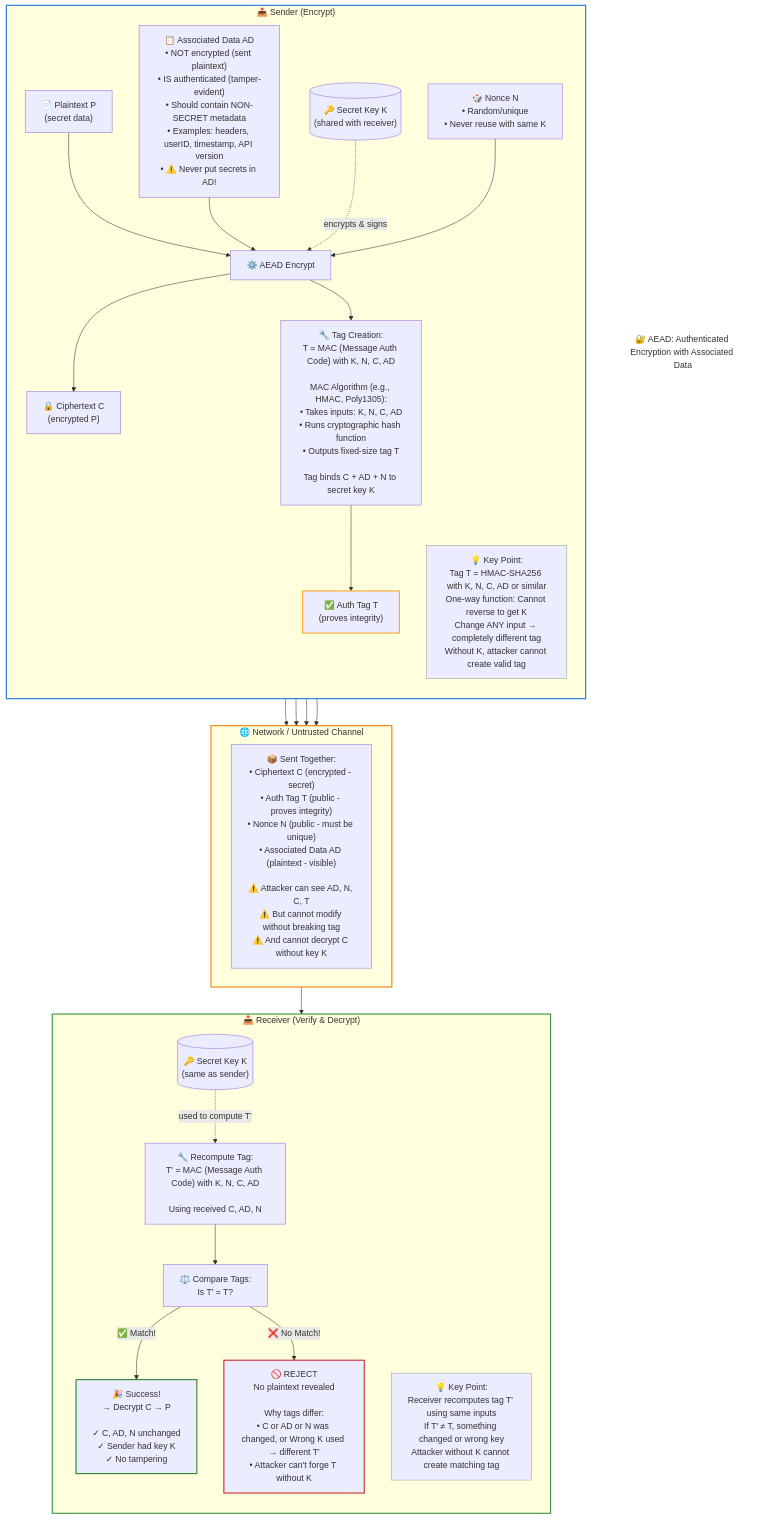
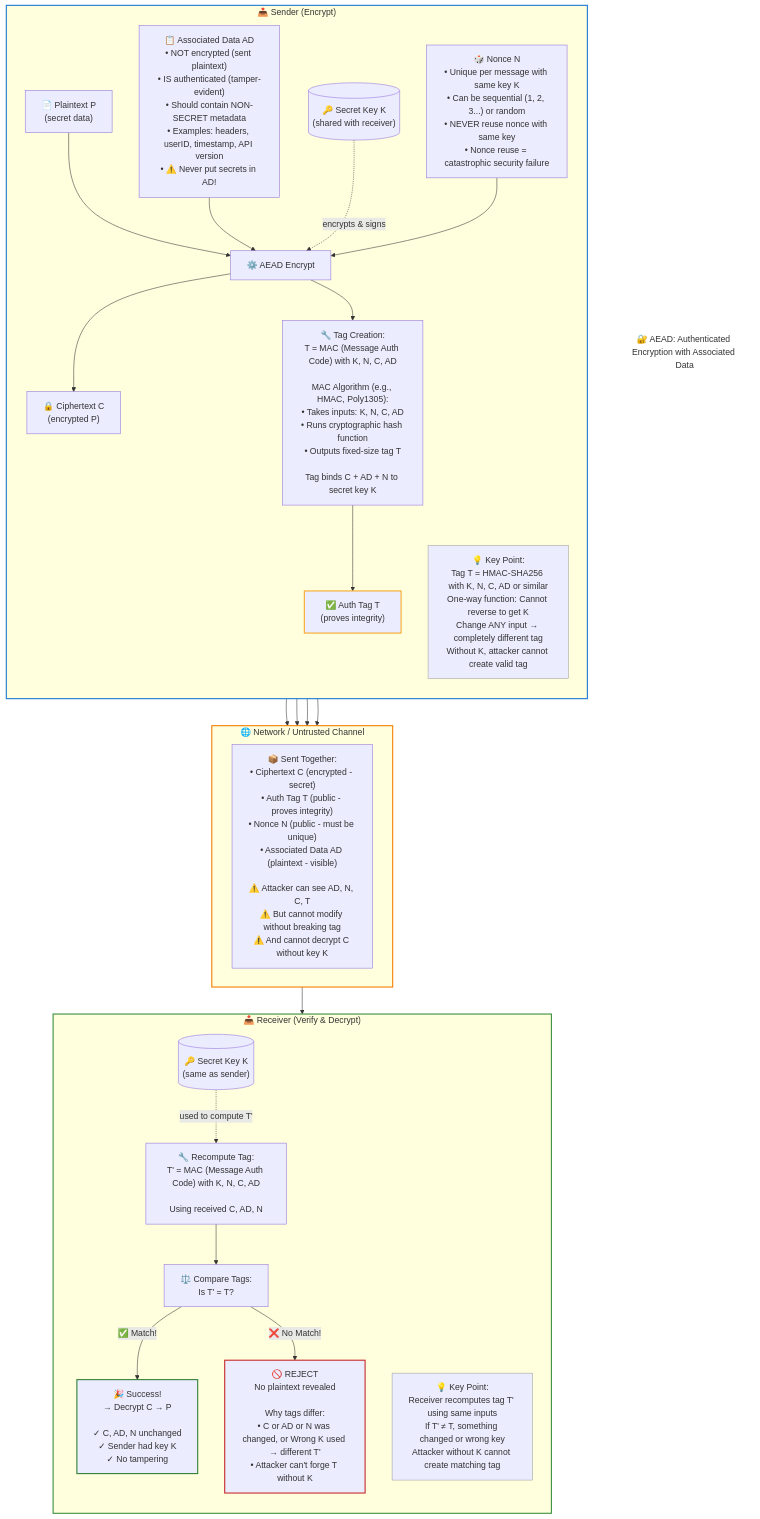
Before and after one commit to irahulsawhney/crypto-concepts: the diagram in diagrams/03-aead.mmd, drawn with Mermaid. The commit also changed 1 other file, not shown here.

Commit message:
Clarify nonce uniqueness requirements in AEAD diagrams

```diff
--- a/diagrams/03-aead.mmd
+++ b/diagrams/03-aead.mmd
@@ -1,85 +1,85 @@
 %% AEAD (Authenticated Encryption with Associated Data) — Mermaid Cheat Sheet
 %% Save as .mmd and preview with any Mermaid renderer.
 
 %% ------------ FLOW OVERVIEW ------------
 flowchart TB
   Title["🔐 AEAD: Authenticated Encryption with Associated Data"]
   
   subgraph Sender["📤 Sender (Encrypt)"]
     direction TB
     P["📄 Plaintext P<br/>(secret data)"]
     AD["📋 Associated Data AD<br/>• NOT encrypted (sent plaintext)<br/>• IS authenticated (tamper-evident)<br/>• Should contain NON-SECRET metadata<br/>• Examples: headers, userID, timestamp, API version<br/>• ⚠️ Never put secrets in AD!"]
     K[("🔑 Secret Key K<br/>(shared with receiver)")]
-    N["🎲 Nonce N<br/>• Random/unique<br/>• Never reuse with same K"]
+    N["🎲 Nonce N<br/>• Unique per message with same key K<br/>• Can be sequential (1, 2, 3...) or random<br/>• NEVER reuse nonce with same key<br/>• Nonce reuse = catastrophic security failure"]
     
     P --> E
     AD --> E
     K -.->|encrypts & signs| E
     N --> E
     
     E["⚙️ AEAD Encrypt"]
     
     E --> C["🔒 Ciphertext C<br/>(encrypted P)"]
     E --> TagCreate["🔧 Tag Creation:<br/>T = MAC (Message Auth Code) with K, N, C, AD<br/><br/>MAC Algorithm (e.g., HMAC, Poly1305):<br/>• Takes inputs: K, N, C, AD<br/>• Runs cryptographic hash function<br/>• Outputs fixed-size tag T<br/><br/>Tag binds C + AD + N to secret key K"]
     TagCreate --> T["✅ Auth Tag T<br/>(proves integrity)"]
     
     SNote["💡 Key Point:<br/>Tag T = HMAC-SHA256 with K, N, C, AD or similar<br/>One-way function: Cannot reverse to get K<br/>Change ANY input → completely different tag<br/>Without K, attacker cannot create valid tag"]
   end
 
   C --> Channel
   T --> Channel
   N --> Channel
   AD --> Channel
   
   subgraph Channel["🌐 Network / Untrusted Channel"]
     Bundle["📦 Sent Together:<br/>• Ciphertext C (encrypted - secret)<br/>• Auth Tag T (public - proves integrity)<br/>• Nonce N (public - must be unique)<br/>• Associated Data AD (plaintext - visible)<br/><br/>⚠️ Attacker can see AD, N, C, T<br/>⚠️ But cannot modify without breaking tag<br/>⚠️ And cannot decrypt C without key K"]
   end
 
   Channel --> Receiver
   
   subgraph Receiver["📥 Receiver (Verify & Decrypt)"]
     direction TB
     KR[("🔑 Secret Key K<br/>(same as sender)")]
     
     RecompTag["🔧 Recompute Tag:<br/>T' = MAC (Message Auth Code) with K, N, C, AD<br/><br/>Using received C, AD, N"]
     
     Compare["⚖️ Compare Tags:<br/>Is T' = T?"]
     
     KR -.->|used to compute T'| RecompTag
     RecompTag --> Compare
     
     Compare -->|✅ Match!| Valid["🎉 Success!<br/>→ Decrypt C → P<br/><br/>✓ C, AD, N unchanged<br/>✓ Sender had key K<br/>✓ No tampering"]
     Compare -->|❌ No Match!| Invalid["🚫 REJECT<br/>No plaintext revealed<br/><br/>Why tags differ:<br/>• C or AD or N was changed, or Wrong K used → different T'<br/>• Attacker can't forge T without K"]
     
     RNote["💡 Key Point:<br/>Receiver recomputes tag T' using same inputs<br/>If T' ≠ T, something changed or wrong key<br/>Attacker without K cannot create matching tag"]
   end
 
   %% Styling
   style Sender stroke:#1976d2,stroke-width:2px
   style Channel stroke:#f57c00,stroke-width:2px
   style Receiver stroke:#388e3c,stroke-width:2px
   style Title fill:none,stroke:none,font-size:16px
   style Valid stroke:#2e7d32,stroke-width:2px
   style Invalid stroke:#c62828,stroke-width:2px
   style T stroke:#f9a825,stroke-width:2px
   style SNote stroke:#9e9e9e,stroke-width:1px
   style RNote stroke:#9e9e9e,stroke-width:1px
 
   %% Notes
   %% - Confidentiality: P is hidden inside C.
   %% - Integrity & Authenticity: T binds (C, AD, N) to K; tampering causes verify failure.
   %% - AD is authenticated but not encrypted (visible headers/metadata).
   %% - N must NEVER repeat with the same K. Reuse can break security catastrophically.
 
   %% AT-A-GLANCE
   %% • AEAD = Authenticated Encryption with Associated Data
   %% • Protects two things at once:
   %%     1) Confidentiality (encrypts P into C)
   %%     2) Integrity/Authenticity (T proves C+AD+N come from someone with K)
   %% • Associated Data (AD):
   %%     - Not encrypted (visible), but authenticated (tamper-evident)
   %%     - Examples: headers, user/account IDs, API version, timestamps
   %% • Nonce/IV (N):
   %%     - Unique per (K) to prevent reuse attacks
   %% • Typical algorithms:
   %%     - AES-GCM, ChaCha20-Poly1305
```
